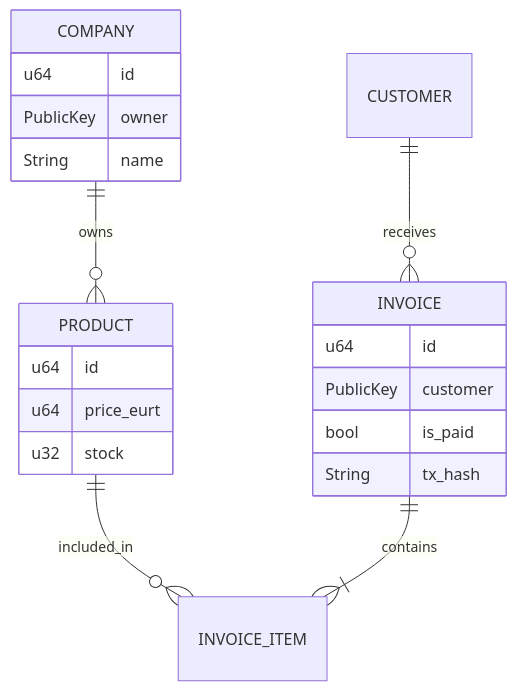
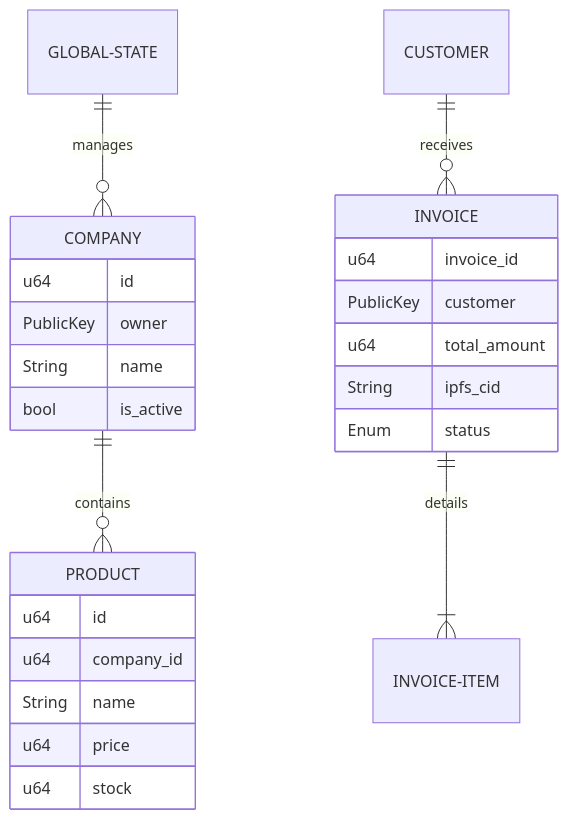
Before and after one commit to 87maxi/ecommerce-solana: the second of 2 diagrams in README.md, drawn with Mermaid. The commit also changed other lines of this file, not shown here.

Commit message:
docs: major upgrade to README with updated architecture and user flow diagrams

````diff
--- a/README.md
+++ b/README.md
@@ -146,24 +72,28 @@
 ```mermaid
 erDiagram
-    COMPANY ||--o{ PRODUCT : owns
+    GLOBAL-STATE ||--o{ COMPANY : manages
+    COMPANY ||--o{ PRODUCT : contains
     CUSTOMER ||--o{ INVOICE : receives
-    PRODUCT ||--o{ INVOICE_ITEM : included_in
-    INVOICE ||--|{ INVOICE_ITEM : contains
+    INVOICE ||--|{ INVOICE-ITEM : details
     
     COMPANY {
         u64 id
         PublicKey owner
         String name
+        bool is_active
     }
     PRODUCT {
         u64 id
-        u64 price_eurt
-        u32 stock
+        u64 company_id
+        String name
+        u64 price
+        u64 stock
     }
     INVOICE {
-        u64 id
+        u64 invoice_id
         PublicKey customer
-        bool is_paid
-        String tx_hash
+        u64 total_amount
+        String ipfs_cid
+        Enum status
     }
 ```
````
